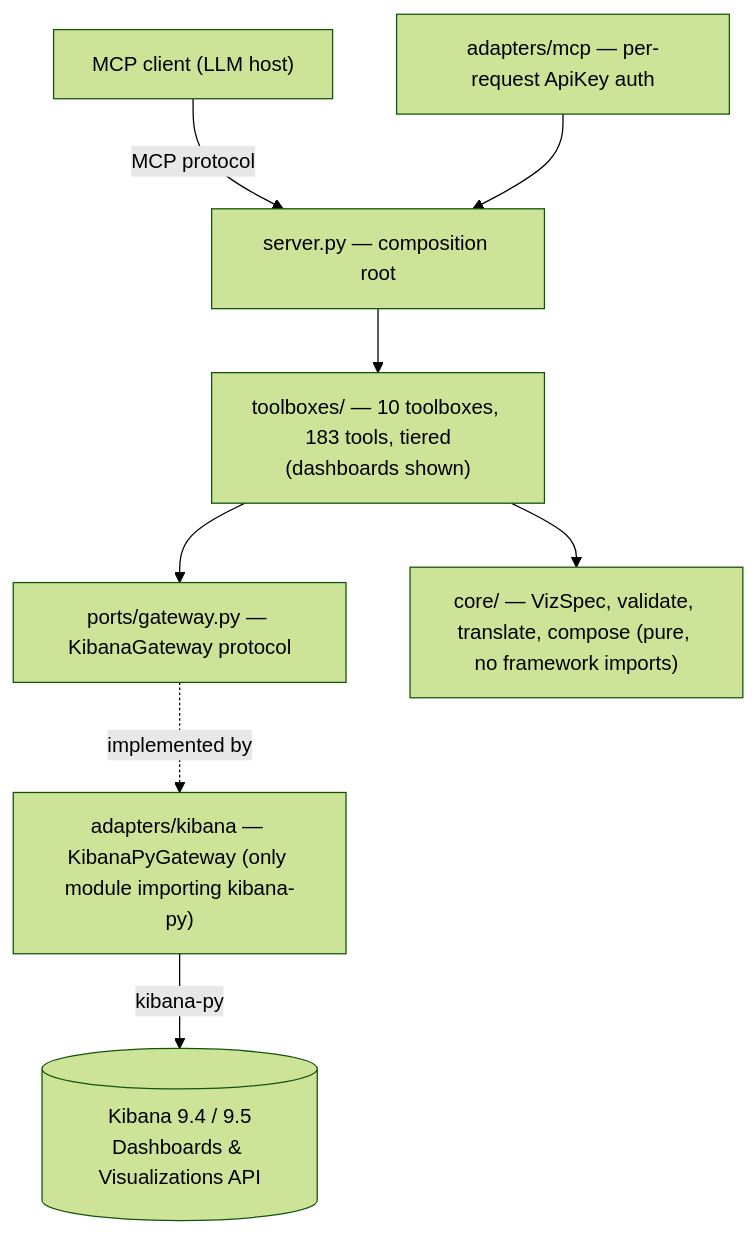
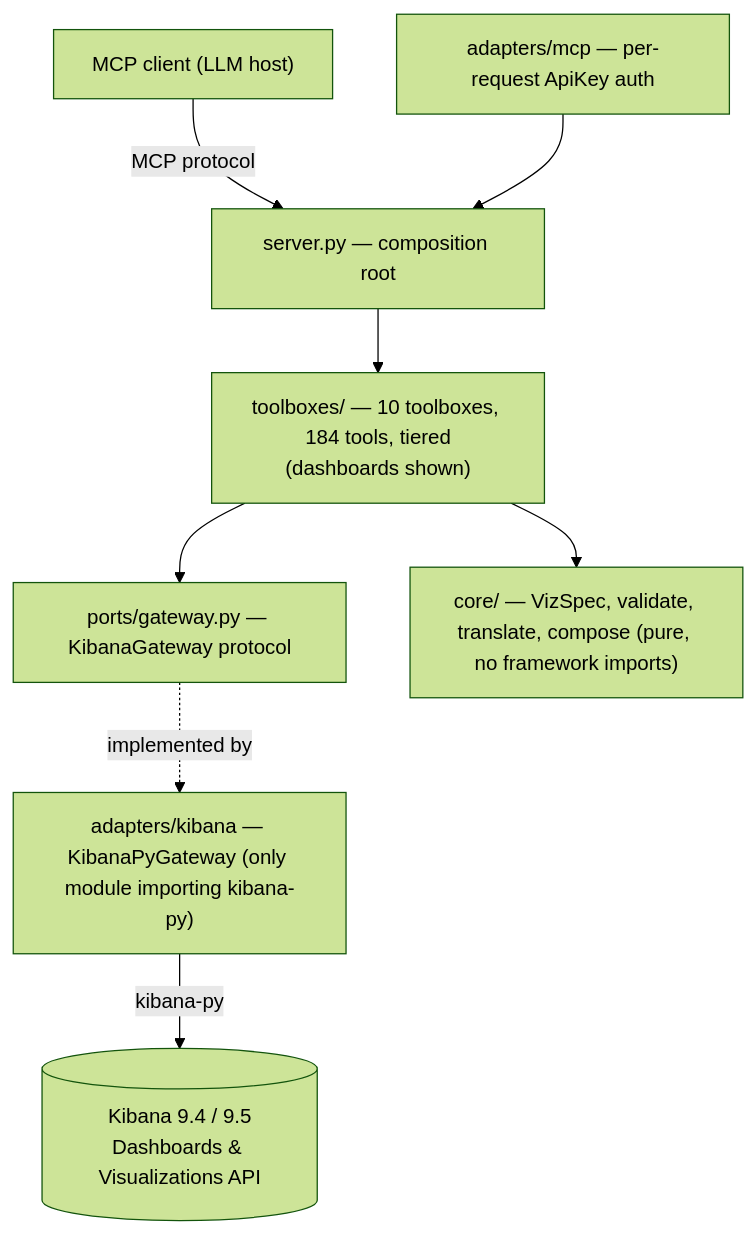
The second of 4 diagrams in docs/architecture.md (pedro-angel/mcp-for-kibana), drawn with Mermaid (forest theme) before and after one commit. The commit also changed other lines of this file and 30 other files, not shown here.

````diff
--- a/docs/architecture.md
+++ b/docs/architecture.md
@@ -47,10 +47,10 @@
 ```mermaid
 flowchart TD
     Client["MCP client (LLM host)"] -->|MCP protocol| Server
     AuthAdapter["adapters/mcp — per-request ApiKey auth"] --> Server
-    Server["server.py — composition root"] --> Toolboxes["toolboxes/ — 10 toolboxes, 183 tools, tiered<br/>(dashboards shown)"]
+    Server["server.py — composition root"] --> Toolboxes["toolboxes/ — 10 toolboxes, 184 tools, tiered<br/>(dashboards shown)"]
     Toolboxes --> Ports["ports/gateway.py — KibanaGateway protocol"]
     Toolboxes --> Core["core/ — VizSpec, validate, translate, compose (pure, no framework imports)"]
     Ports -. implemented by .-> KibanaAdapter["adapters/kibana — KibanaPyGateway (only module importing kibana-py)"]
     KibanaAdapter -->|kibana-py| Kibana[("Kibana 9.4 / 9.5\nDashboards & Visualizations API")]
 ```
````
